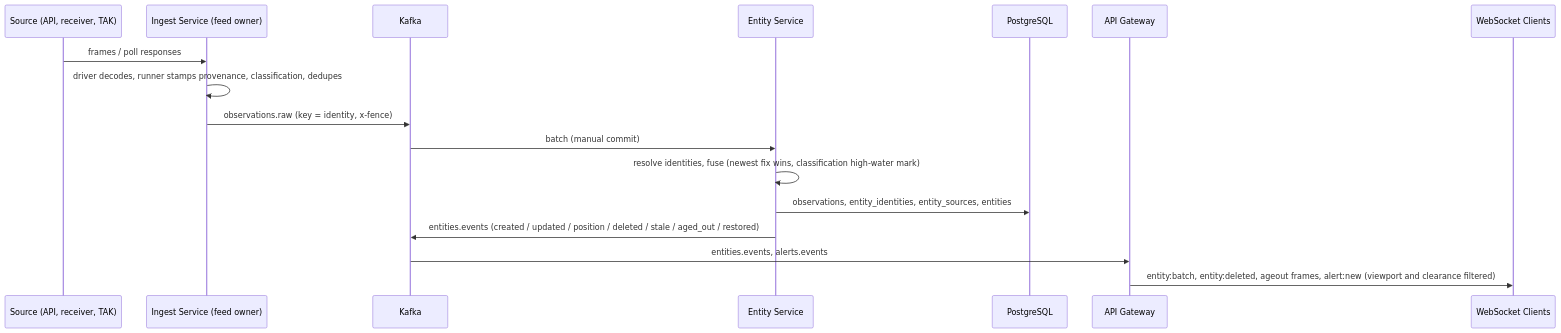
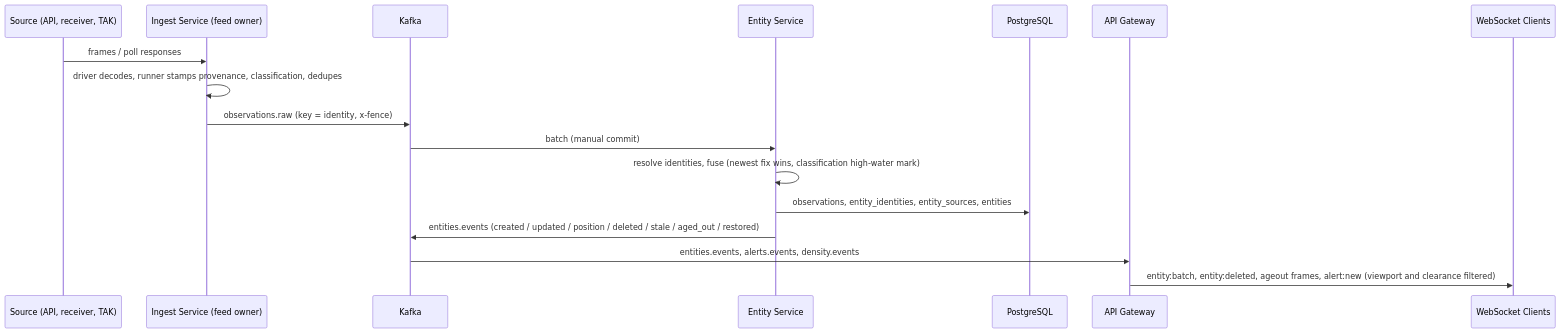
One commit to msbolton/sentinel changed the second of 3 diagrams in docs/architecture.md. Above: the diagram before and after it, drawn with Mermaid. The commit also changed other lines of this file and 6 other files, not shown here.

````diff
--- a/docs/architecture.md
+++ b/docs/architecture.md
@@ -110,20 +112,20 @@
 ```mermaid
 sequenceDiagram
     participant SRC as Source (API, receiver, TAK)
     participant IS as Ingest Service (feed owner)
     participant KF as Kafka
     participant ES as Entity Service
     participant PG as PostgreSQL
     participant GW as API Gateway
     participant WS as WebSocket Clients
 
     SRC->>IS: frames / poll responses
     IS->>IS: driver decodes, runner stamps provenance, classification, dedupes
     IS->>KF: observations.raw (key = identity, x-fence)
     KF->>ES: batch (manual commit)
     ES->>ES: resolve identities, fuse (newest fix wins, classification high-water mark)
     ES->>PG: observations, entity_identities, entity_sources, entities
     ES->>KF: entities.events (created / updated / position / deleted / stale / aged_out / restored)
-    KF->>GW: entities.events, alerts.events
+    KF->>GW: entities.events, alerts.events, density.events
     GW->>WS: entity:batch, entity:deleted, ageout frames, alert:new (viewport and clearance filtered)
 ```
````
